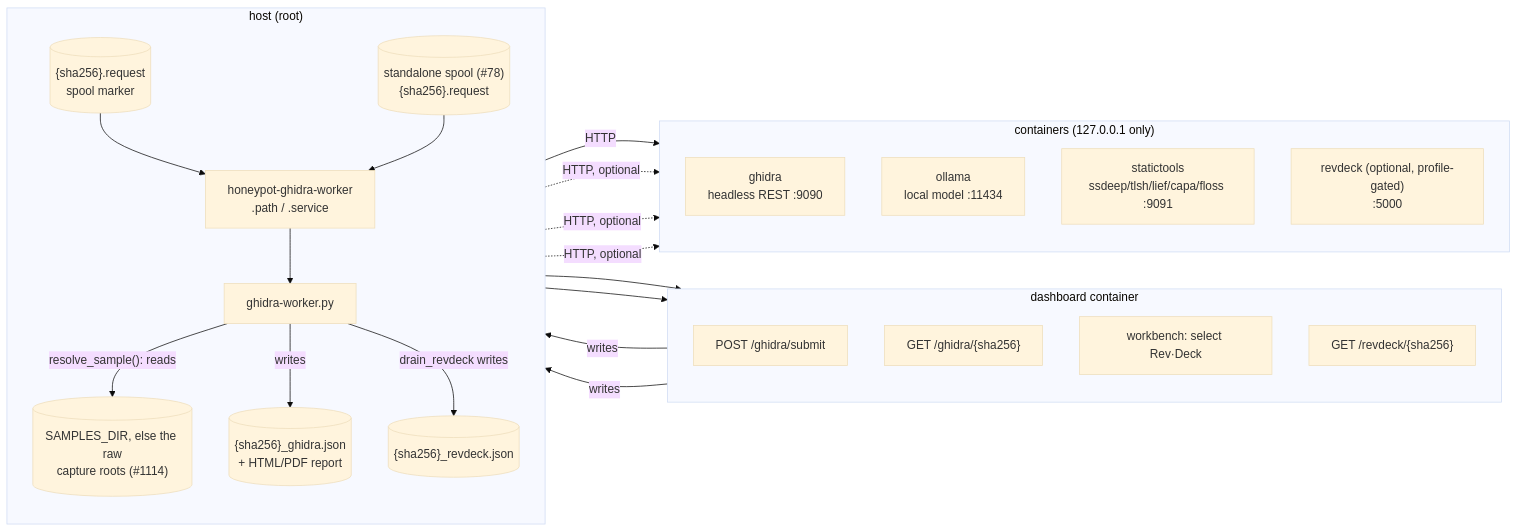
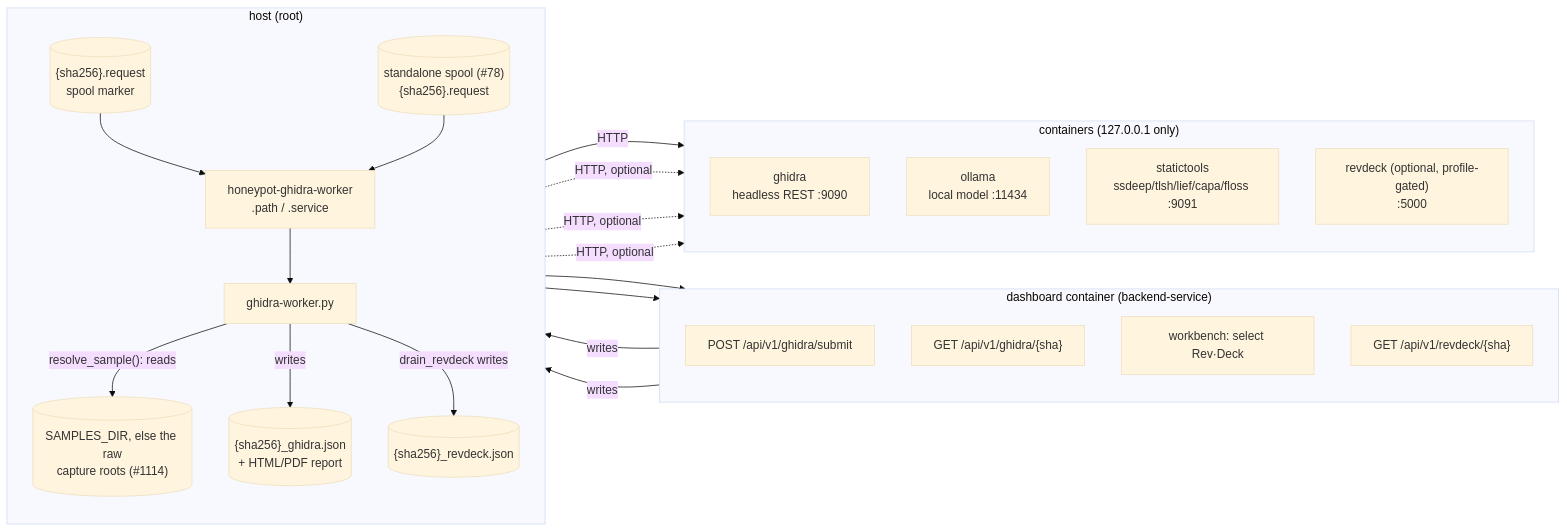
Before and after one commit to Xore/APIARY: the first of 2 diagrams in docs/analysis/ghidra/README.md, drawn with Mermaid (base theme). The commit also changed other lines of this file and 8 other files, not shown here.

````diff
--- a/docs/analysis/ghidra/README.md
+++ b/docs/analysis/ghidra/README.md
@@ -30,45 +30,45 @@
 ```mermaid
 flowchart LR
-  subgraph dashboardBox["dashboard container"]
+  subgraph dashboardBox["dashboard container (backend-service)"]
     direction TB
-    submit["POST /ghidra/submit"]
-    poll["GET /ghidra/{sha256}"]
+    submit["POST /api/v1/ghidra/submit"]
+    poll["GET /api/v1/ghidra/{sha}"]
     revdeckSubmit["workbench: select Rev·Deck"]
-    revdeckPoll["GET /revdeck/{sha256}"]
+    revdeckPoll["GET /api/v1/revdeck/{sha}"]
   end
 
   subgraph hostBox["host (root)"]
     direction TB
     spool[("{sha256}.request<br/>spool marker")]
     pathunit["honeypot-ghidra-worker<br/>.path / .service"]
     worker["ghidra-worker.py"]
     result[("{sha256}_ghidra.json<br/>+ HTML/PDF report")]
     revdeckSpool[("standalone spool (#78)<br/>{sha256}.request")]
     revdeckResult[("{sha256}_revdeck.json")]
     samples[("SAMPLES_DIR, else the raw<br/>capture roots (#1114)")]
   end
 
   subgraph containers["containers (127.0.0.1 only)"]
     direction TB
     ghidra["ghidra<br/>headless REST :9090"]
     ollama["ollama<br/>local model :11434"]
     statictools["statictools<br/>ssdeep/tlsh/lief/capa/floss :9091"]
     revdeck["revdeck (optional, profile-gated)<br/>:5000"]
   end
 
   submit -->|writes| spool
   spool --> pathunit --> worker
   worker -->|"resolve_sample(): reads"| samples
   worker -->|writes| result
   result --> poll
 
   revdeckSubmit -->|writes| revdeckSpool
   revdeckSpool --> pathunit
   worker -->|drain_revdeck writes| revdeckResult
   revdeckResult --> revdeckPoll
 
   worker -->|HTTP| ghidra
   worker -.->|HTTP, optional| ollama
   worker -.->|HTTP, optional| statictools
   worker -.->|HTTP, optional| revdeck
 ```
````
